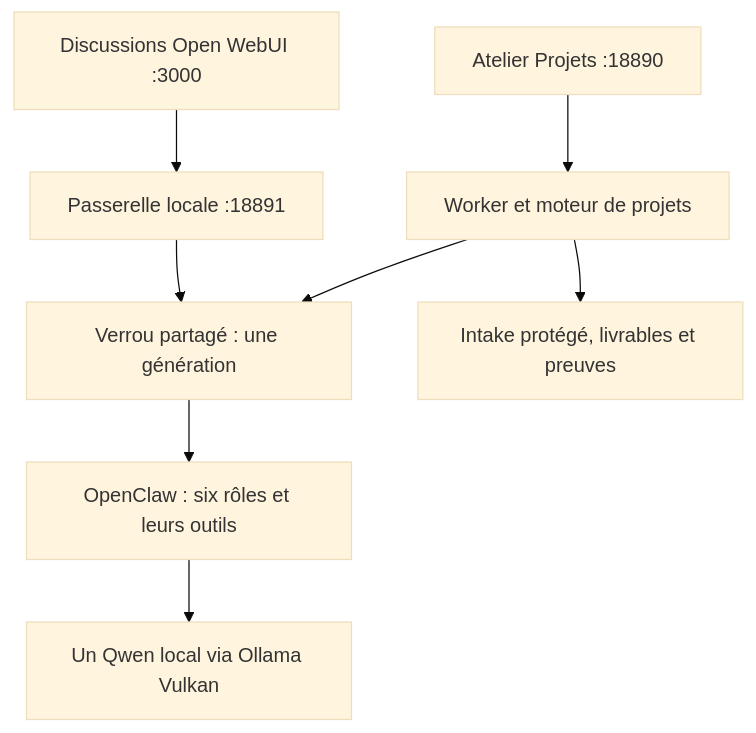
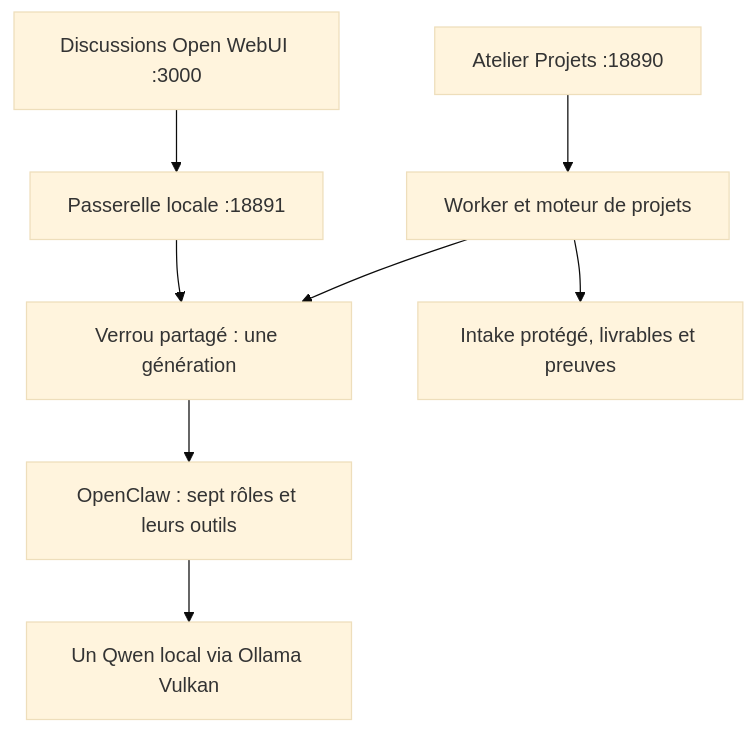
One commit to mathiasseguincadiche/OPENCLAW_LOCAL_FEDORA changed the diagram in docs/OPENWEBUI.md. Above: the diagram before and after it, drawn with Mermaid (base theme). The commit also changed other lines of this file and 85 other files, not shown here.

````diff
--- a/docs/OPENWEBUI.md
+++ b/docs/OPENWEBUI.md
@@ -34,10 +34,10 @@
 ```mermaid
 flowchart TD
     C[Discussions Open WebUI :3000] --> B[Passerelle locale :18891]
     P[Atelier Projets :18890] --> W[Worker et moteur de projets]
     B --> L[Verrou partagé : une génération]
     W --> L
-    L --> O[OpenClaw : six rôles et leurs outils]
+    L --> O[OpenClaw : sept rôles et leurs outils]
     O --> Q[Un Qwen local via Ollama Vulkan]
     W --> D[Intake protégé, livrables et preuves]
 ```
````
